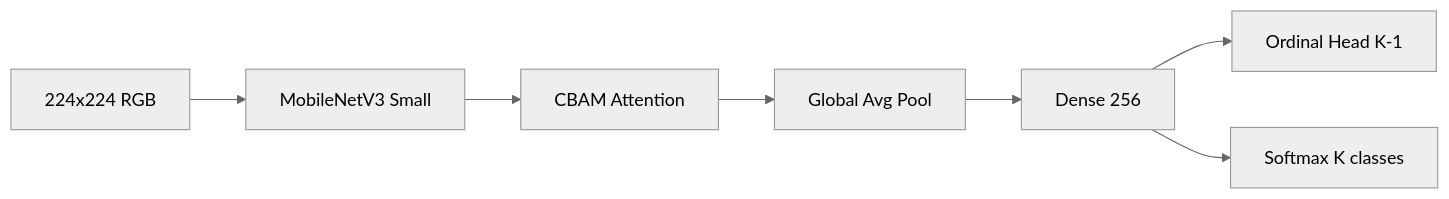
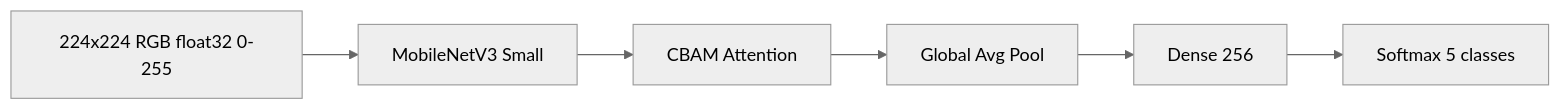
One commit to anant123490/iccc changed the second of 2 diagrams in docs/ARCHITECTURE.md. Above: the diagram before and after it, drawn with Mermaid (neutral theme). The commit also changed other lines of this file and 15888 other files, not shown here.

````diff
--- a/docs/ARCHITECTURE.md
+++ b/docs/ARCHITECTURE.md
@@ -41,9 +42,8 @@
 ```mermaid
 flowchart LR
-    Input[224x224 RGB] --> MB[MobileNetV3 Small]
+    Input["224x224 RGB float32 0-255"] --> MB[MobileNetV3 Small]
     MB --> CBAM[CBAM Attention]
     CBAM --> GAP[Global Avg Pool]
     GAP --> FC[Dense 256]
-    FC --> Ord[Ordinal Head K-1]
-    FC --> Cls[Softmax K classes]
+    FC --> Cls[Softmax 5 classes]
 ```
````
